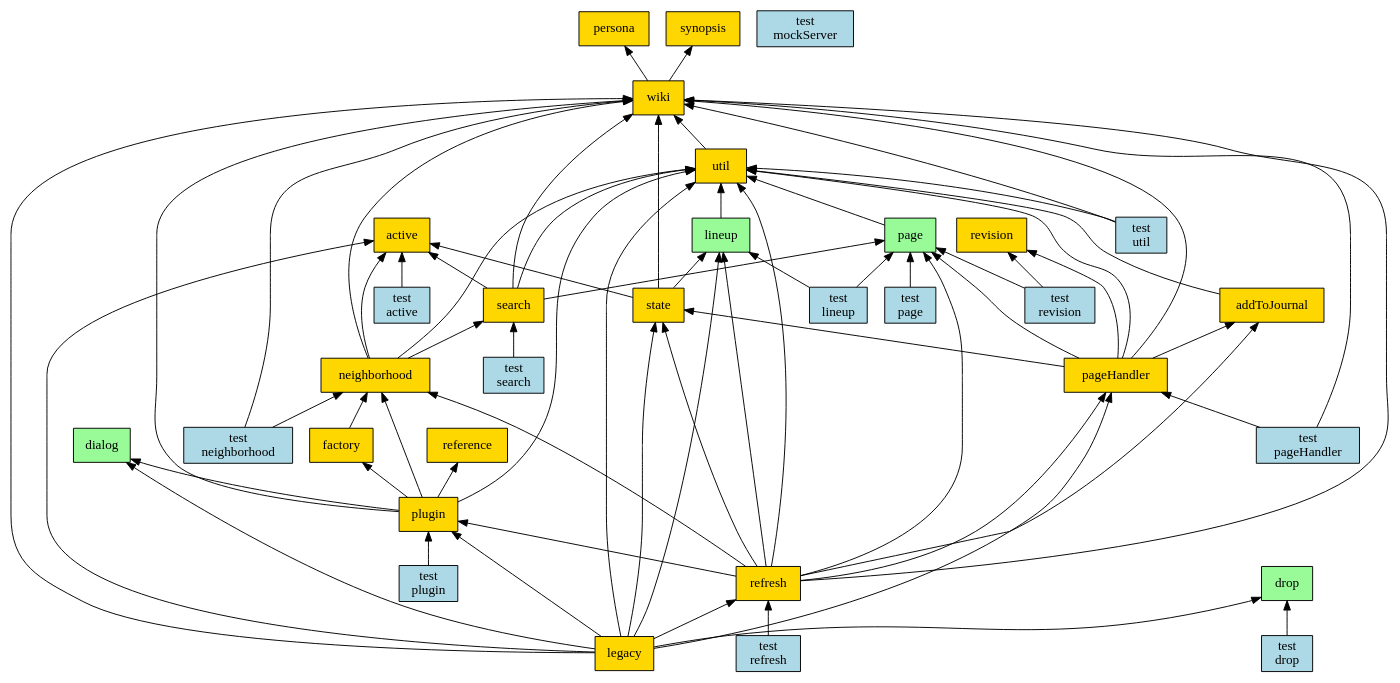
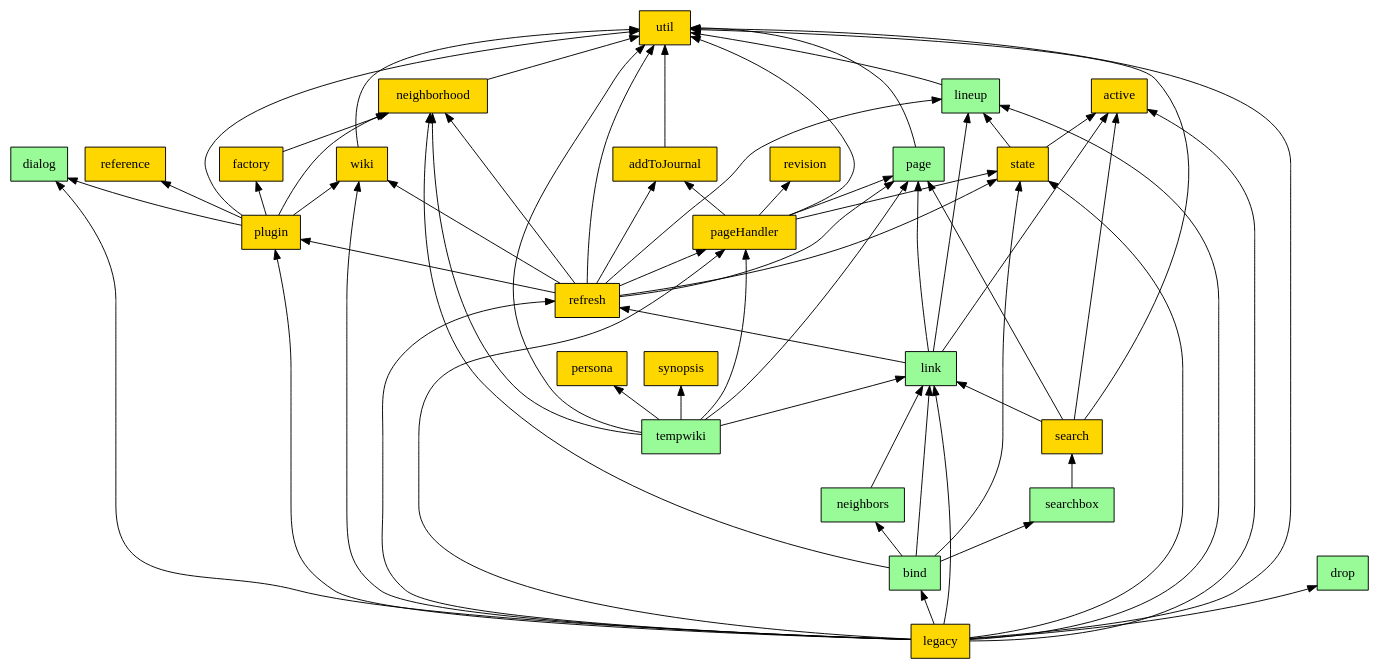
The diagram in scripts/requires-graph.dot (fedwiki/wiki-client), drawn with Graphviz before and after one commit. The commit also changed 19 other files, not shown here.

```diff
--- a/scripts/requires-graph.dot
+++ b/scripts/requires-graph.dot
@@ -1,131 +1,114 @@
 digraph { node [style=filled shape=box];
 
 active [fillcolor=gold];
 
 addToJournal [fillcolor=gold];
 util -> addToJournal [dir=back];
+
+bind [fillcolor=paleGreen];
+neighborhood -> bind [dir=back];
+neighbors -> bind [dir=back];
+searchbox -> bind [dir=back];
+state -> bind [dir=back];
+link -> bind [dir=back];
 
 dialog [fillcolor=paleGreen];
 
 drop [fillcolor=paleGreen];
 
 factory [fillcolor=gold];
 neighborhood -> factory [dir=back];
 
 legacy [fillcolor=gold];
 wiki -> legacy [dir=back];
 util -> legacy [dir=back];
 pageHandler -> legacy [dir=back];
 plugin -> legacy [dir=back];
 state -> legacy [dir=back];
 active -> legacy [dir=back];
 refresh -> legacy [dir=back];
 lineup -> legacy [dir=back];
 drop -> legacy [dir=back];
 dialog -> legacy [dir=back];
+link -> legacy [dir=back];
+bind -> legacy [dir=back];
 
 lineup [fillcolor=paleGreen];
 util -> lineup [dir=back];
 
+link [fillcolor=paleGreen];
+lineup -> link [dir=back];
+active -> link [dir=back];
+refresh -> link [dir=back];
+page -> link [dir=back];
+
 neighborhood [fillcolor=gold];
-wiki -> neighborhood [dir=back];
-active -> neighborhood [dir=back];
 util -> neighborhood [dir=back];
-search -> neighborhood [dir=back];
+
+neighbors [fillcolor=paleGreen];
+link -> neighbors [dir=back];
 
 page [fillcolor=paleGreen];
 util -> page [dir=back];
 
 pageHandler [fillcolor=gold];
-wiki -> pageHandler [dir=back];
 util -> pageHandler [dir=back];
 state -> pageHandler [dir=back];
 revision -> pageHandler [dir=back];
 addToJournal -> pageHandler [dir=back];
 page -> pageHandler [dir=back];
 
 persona [fillcolor=gold];
 
 plugin [fillcolor=gold];
 util -> plugin [dir=back];
 wiki -> plugin [dir=back];
 dialog -> plugin [dir=back];
 neighborhood -> plugin [dir=back];
 reference -> plugin [dir=back];
 factory -> plugin [dir=back];
 
 reference [fillcolor=gold];
 
 refresh [fillcolor=gold];
 util -> refresh [dir=back];
 pageHandler -> refresh [dir=back];
 page -> refresh [dir=back];
 plugin -> refresh [dir=back];
 state -> refresh [dir=back];
 neighborhood -> refresh [dir=back];
 addToJournal -> refresh [dir=back];
 wiki -> refresh [dir=back];
 lineup -> refresh [dir=back];
 
 revision [fillcolor=gold];
 
 search [fillcolor=gold];
-wiki -> search [dir=back];
+link -> search [dir=back];
 util -> search [dir=back];
 active -> search [dir=back];
 page -> search [dir=back];
 
+searchbox [fillcolor=paleGreen];
+search -> searchbox [dir=back];
+
 state [fillcolor=gold];
-wiki -> state [dir=back];
 active -> state [dir=back];
 lineup -> state [dir=back];
 
 synopsis [fillcolor=gold];
 
+tempwiki [fillcolor=paleGreen];
+synopsis -> tempwiki [dir=back];
+persona -> tempwiki [dir=back];
+util -> tempwiki [dir=back];
+pageHandler -> tempwiki [dir=back];
+link -> tempwiki [dir=back];
+page -> tempwiki [dir=back];
+neighborhood -> tempwiki [dir=back];
+
 util [fillcolor=gold];
-wiki -> util [dir=back];
 
 wiki [fillcolor=gold];
-synopsis -> wiki [dir=back];
-persona -> wiki [dir=back];
-
-"test\nactive" [fillcolor=lightBlue];
-active -> "test\nactive" [dir=back];
-
-"test\ndrop" [fillcolor=lightBlue];
-drop -> "test\ndrop" [dir=back];
-
-"test\nlineup" [fillcolor=lightBlue];
-lineup -> "test\nlineup" [dir=back];
-page -> "test\nlineup" [dir=back];
-
-"test\nmockServer" [fillcolor=lightBlue];
-
-"test\nneighborhood" [fillcolor=lightBlue];
-wiki -> "test\nneighborhood" [dir=back];
-neighborhood -> "test\nneighborhood" [dir=back];
-
-"test\npage" [fillcolor=lightBlue];
-page -> "test\npage" [dir=back];
-
-"test\npageHandler" [fillcolor=lightBlue];
-wiki -> "test\npageHandler" [dir=back];
-pageHandler -> "test\npageHandler" [dir=back];
-
-"test\nplugin" [fillcolor=lightBlue];
-plugin -> "test\nplugin" [dir=back];
-
-"test\nrefresh" [fillcolor=lightBlue];
-refresh -> "test\nrefresh" [dir=back];
-
-"test\nrevision" [fillcolor=lightBlue];
-page -> "test\nrevision" [dir=back];
-revision -> "test\nrevision" [dir=back];
-
-"test\nsearch" [fillcolor=lightBlue];
-search -> "test\nsearch" [dir=back];
-
-"test\nutil" [fillcolor=lightBlue];
-wiki -> "test\nutil" [dir=back];
-util -> "test\nutil" [dir=back];
+util -> wiki [dir=back];
 }
```
